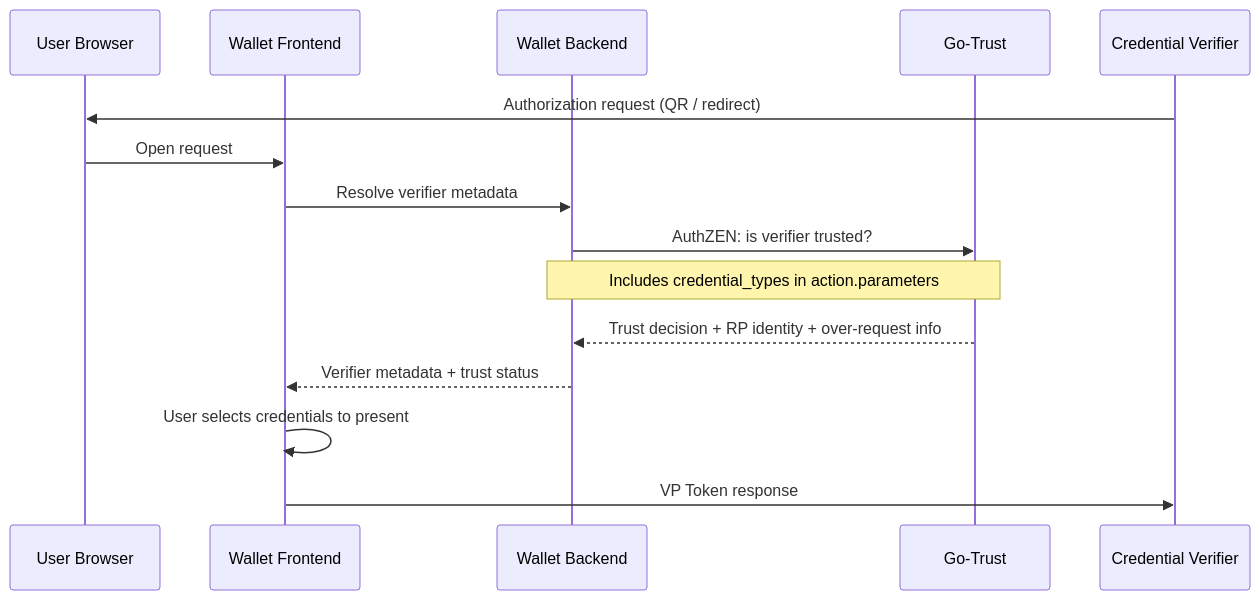
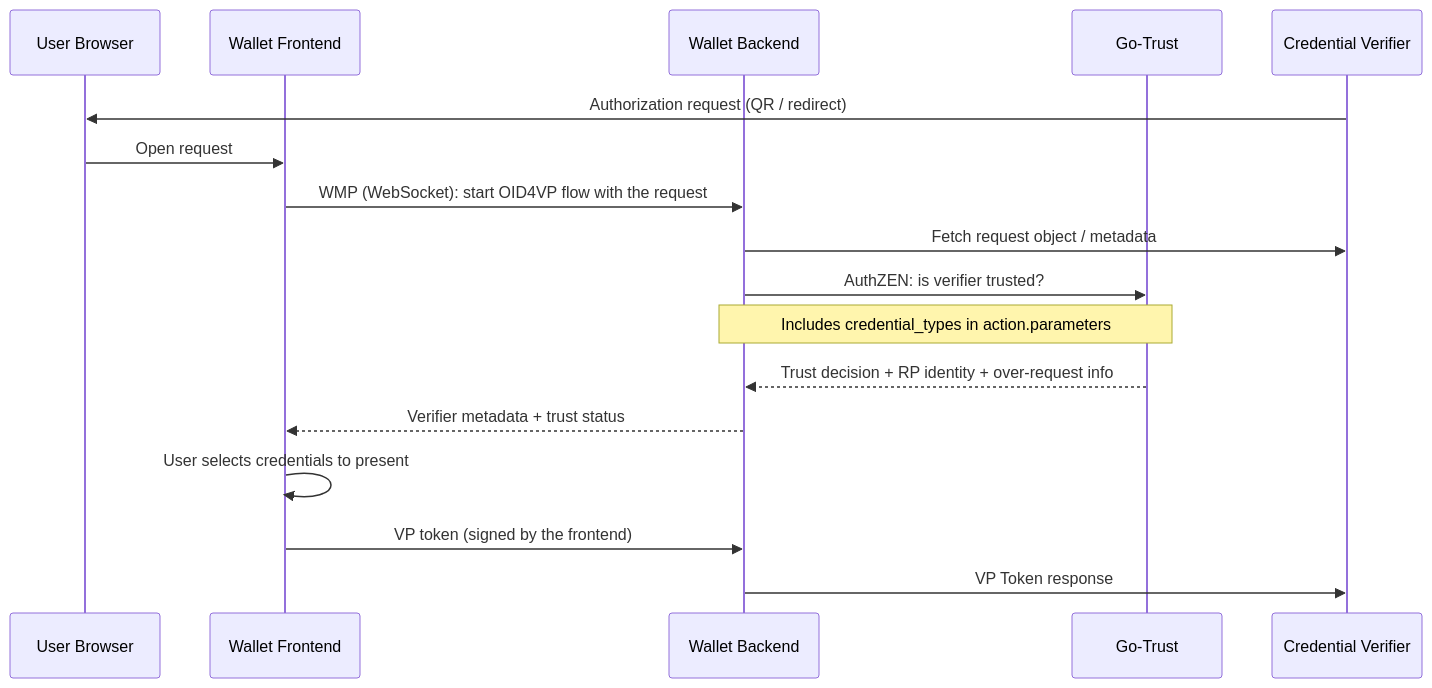
One commit to sirosfoundation/docs changed the second of 2 diagrams in docs/wallet/architecture/index.md. Above: the diagram before and after it, drawn with Mermaid. The commit also changed other lines of this file and 13 other files, not shown here.

````diff
--- a/docs/wallet/architecture/index.md
+++ b/docs/wallet/architecture/index.md
@@ -92,18 +98,20 @@
 ```mermaid
 sequenceDiagram
     participant User as User Browser
     participant FE as Wallet Frontend
     participant BE as Wallet Backend
     participant GT as Go-Trust
     participant Verifier as Credential Verifier
 
     Verifier->>User: Authorization request (QR / redirect)
     User->>FE: Open request
-    FE->>BE: Resolve verifier metadata
+    FE->>BE: WMP (WebSocket): start OID4VP flow with the request
+    BE->>Verifier: Fetch request object / metadata
     BE->>GT: AuthZEN: is verifier trusted?
     Note over BE,GT: Includes credential_types in action.parameters
     GT-->>BE: Trust decision + RP identity + over-request info
     BE-->>FE: Verifier metadata + trust status
     FE->>FE: User selects credentials to present
-    FE->>Verifier: VP Token response
+    FE->>BE: VP token (signed by the frontend)
+    BE->>Verifier: VP Token response
 ```
````
